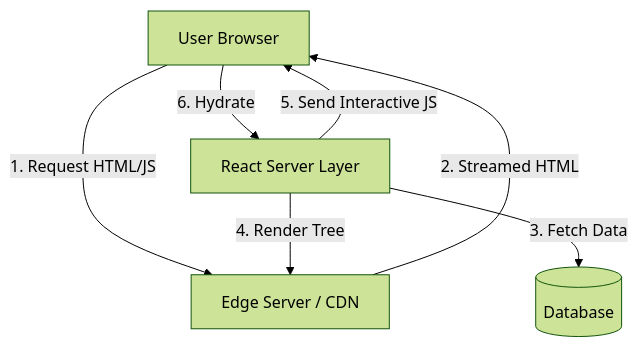
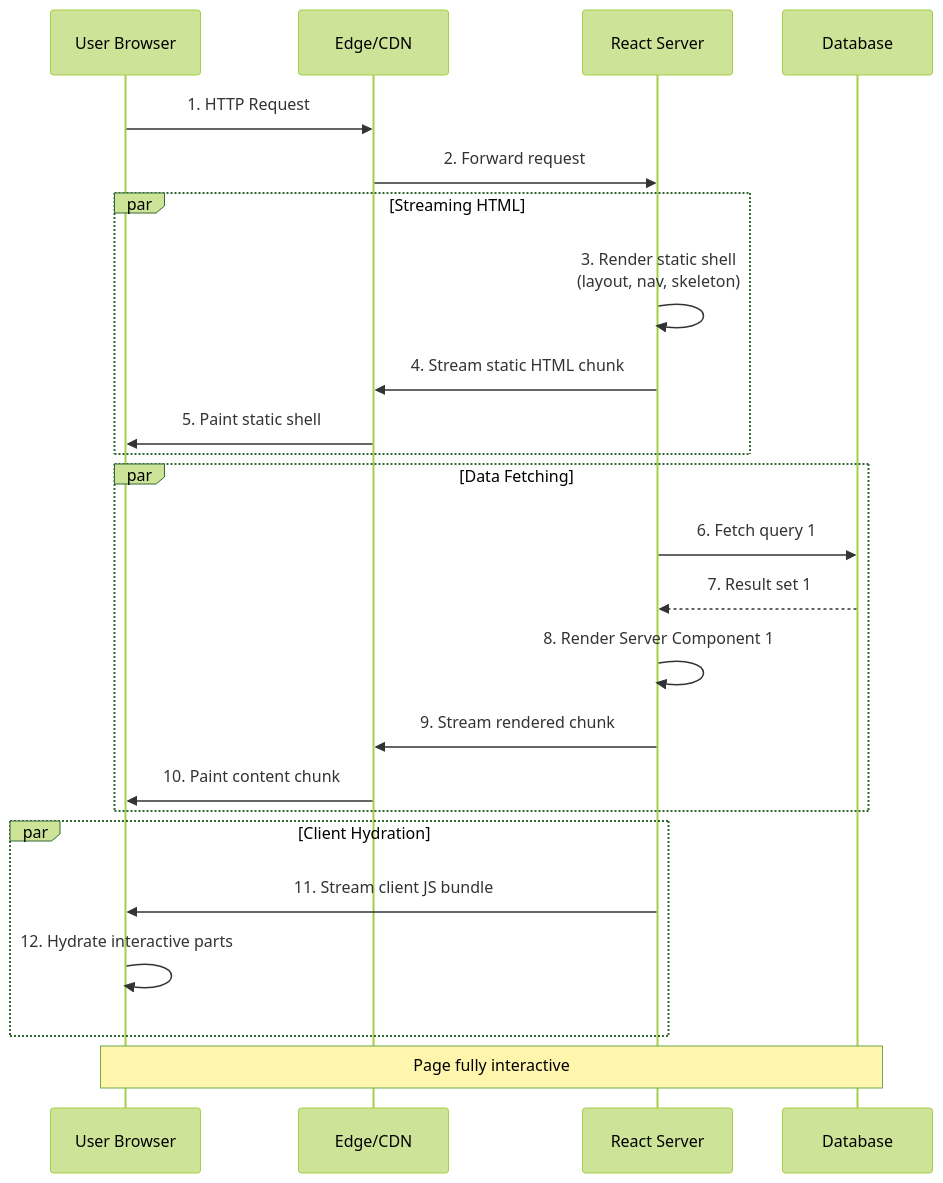
One commit to govindtank/govindtank.github.io changed the second of 4 diagrams in src/content/blog/react-server-components-production-patterns-for-high-performance-web-apps.md. Above: the diagram before and after it, drawn with Mermaid (forest theme). The commit also changed other lines of this file and 21 other files, not shown here.

First line of the commit message:
Content overhaul: rewrite all 15 blog posts + fix BlogDetail layout bug

````diff
--- a/src/content/blog/react-server-components-production-patterns-for-high-performance-web-apps.md
+++ b/src/content/blog/react-server-components-production-patterns-for-high-performance-web-apps.md
@@ -39,9 +178,31 @@
 ```mermaid
-graph TD
-  Client[User Browser] -->|1. Request HTML/JS| Edge[Edge Server / CDN]
-  Edge -->|2. Streamed HTML| Client
-  Server[React Server Layer] -->|3. Fetch Data| DB[(Database)]
-  Server -->|4. Render Tree| Edge
-  Server -->|5. Send Interactive JS| Client
-  Client -->|6. Hydrate| Server
+sequenceDiagram
+  participant User as User Browser
+  participant Edge as Edge/CDN
+  participant Server as React Server
+  participant DB as Database
+  
+  User->>Edge: 1. HTTP Request
+  Edge->>Server: 2. Forward request
+  
+  par Streaming HTML
+    Server->>Server: 3. Render static shell<br/>(layout, nav, skeleton)
+    Server->>Edge: 4. Stream static HTML chunk
+    Edge->>User: 5. Paint static shell
+  end
+  
+  par Data Fetching
+    Server->>DB: 6. Fetch query 1
+    DB-->>Server: 7. Result set 1
+    Server->>Server: 8. Render Server Component 1
+    Server->>Edge: 9. Stream rendered chunk
+    Edge->>User: 10. Paint content chunk
+  end
+  
+  par Client Hydration
+    Server->>User: 11. Stream client JS bundle
+    User->>User: 12. Hydrate interactive parts
+  end
+  
+  Note over User,DB: Page fully interactive
 ```
````
